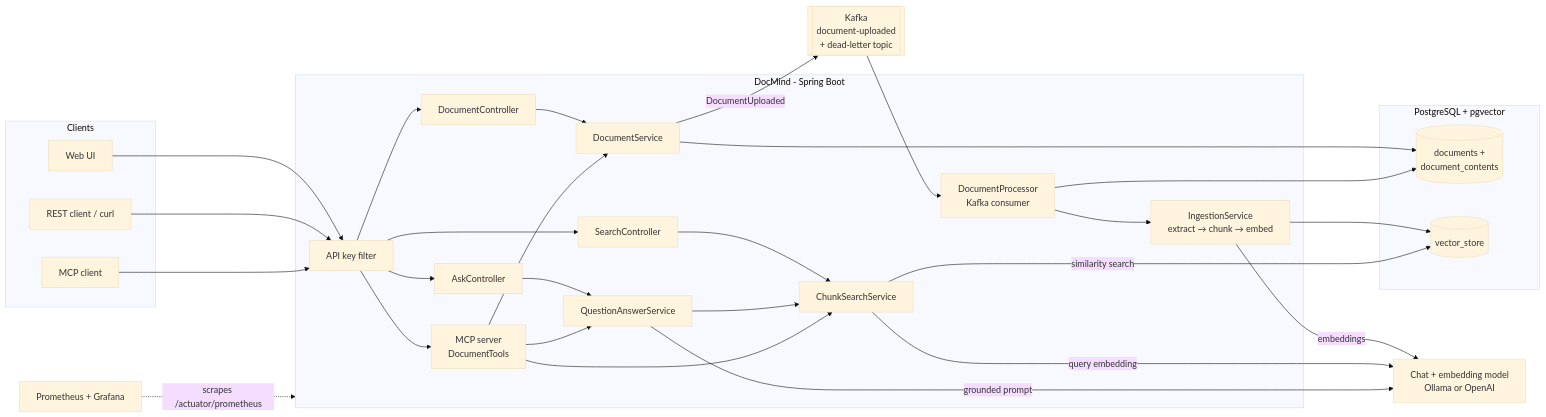
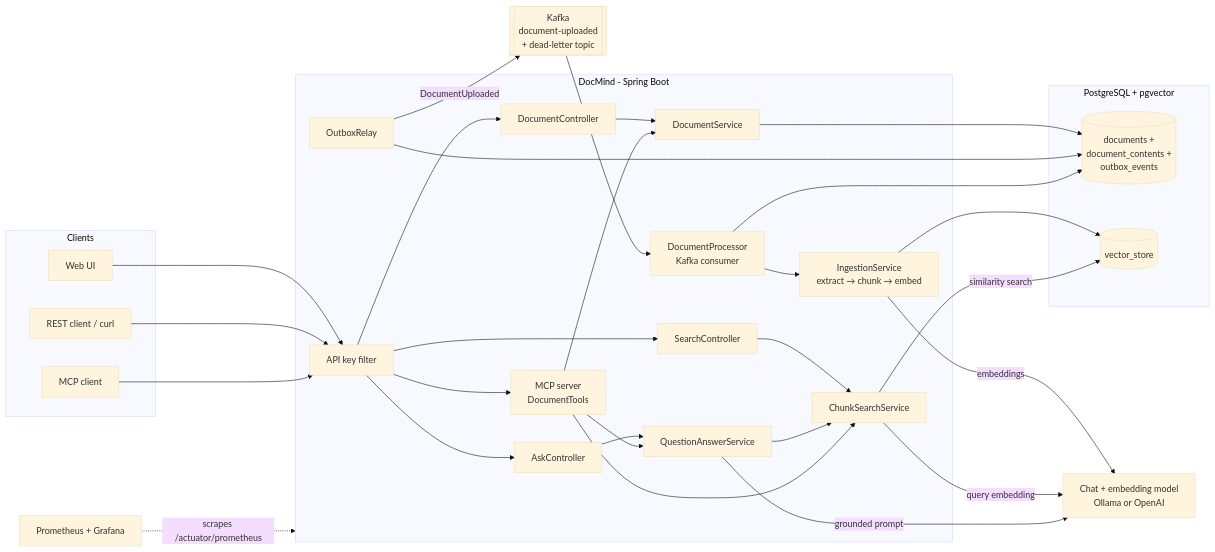
Before and after one commit to nakhat-parveen/docmind-ai: the first of 2 diagrams in README.md, drawn with Mermaid (base theme). The commit also changed other lines of this file, not shown here.

Commit message:
Document the outbox, filters and rate limit in the README

````diff
--- a/README.md
+++ b/README.md
@@ -34,49 +35,51 @@
 ```mermaid
 flowchart LR
     subgraph Clients
         UI[Web UI]
         REST[REST client / curl]
         MCPC[MCP client]
     end
 
     subgraph App[DocMind - Spring Boot]
         SEC[API key filter]
         DC[DocumentController]
         SC[SearchController]
         AC[AskController]
         MCP[MCP server<br/>DocumentTools]
         DS[DocumentService]
+        OX[OutboxRelay]
         DP[DocumentProcessor<br/>Kafka consumer]
         IS[IngestionService<br/>extract → chunk → embed]
         CS[ChunkSearchService]
         QA[QuestionAnswerService]
     end
 
     KAFKA[[Kafka<br/>document-uploaded<br/>+ dead-letter topic]]
 
     subgraph Postgres[PostgreSQL + pgvector]
-        DOCS[(documents +<br/>document_contents)]
+        DOCS[(documents +<br/>document_contents +<br/>outbox_events)]
         VS[(vector_store)]
     end
 
     LLM[Chat + embedding model<br/>Ollama or OpenAI]
     PROM[Prometheus + Grafana]
 
     UI & REST --> SEC
     MCPC --> SEC
     SEC --> DC & SC & AC & MCP
     DC --> DS
     DS --> DOCS
-    DS -- DocumentUploaded --> KAFKA --> DP
+    OX --> DOCS
+    OX -- DocumentUploaded --> KAFKA --> DP
     DP --> DOCS
     DP --> IS
     IS -- embeddings --> LLM
     IS --> VS
     SC --> CS
     AC --> QA --> CS
     MCP --> CS & QA & DS
     CS -- query embedding --> LLM
     CS -- similarity search --> VS
     QA -- grounded prompt --> LLM
     PROM -. scrapes /actuator/prometheus .-> App
 ```
````
